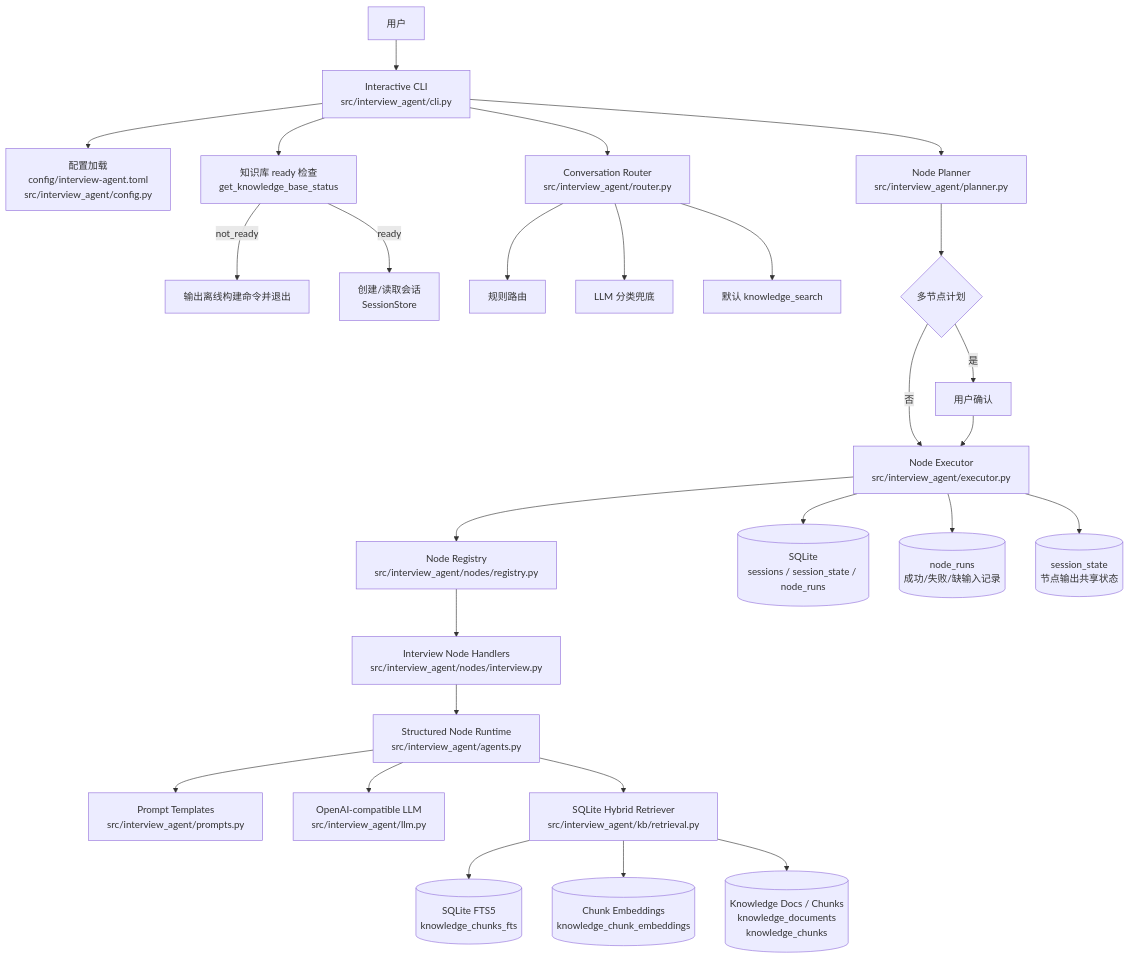
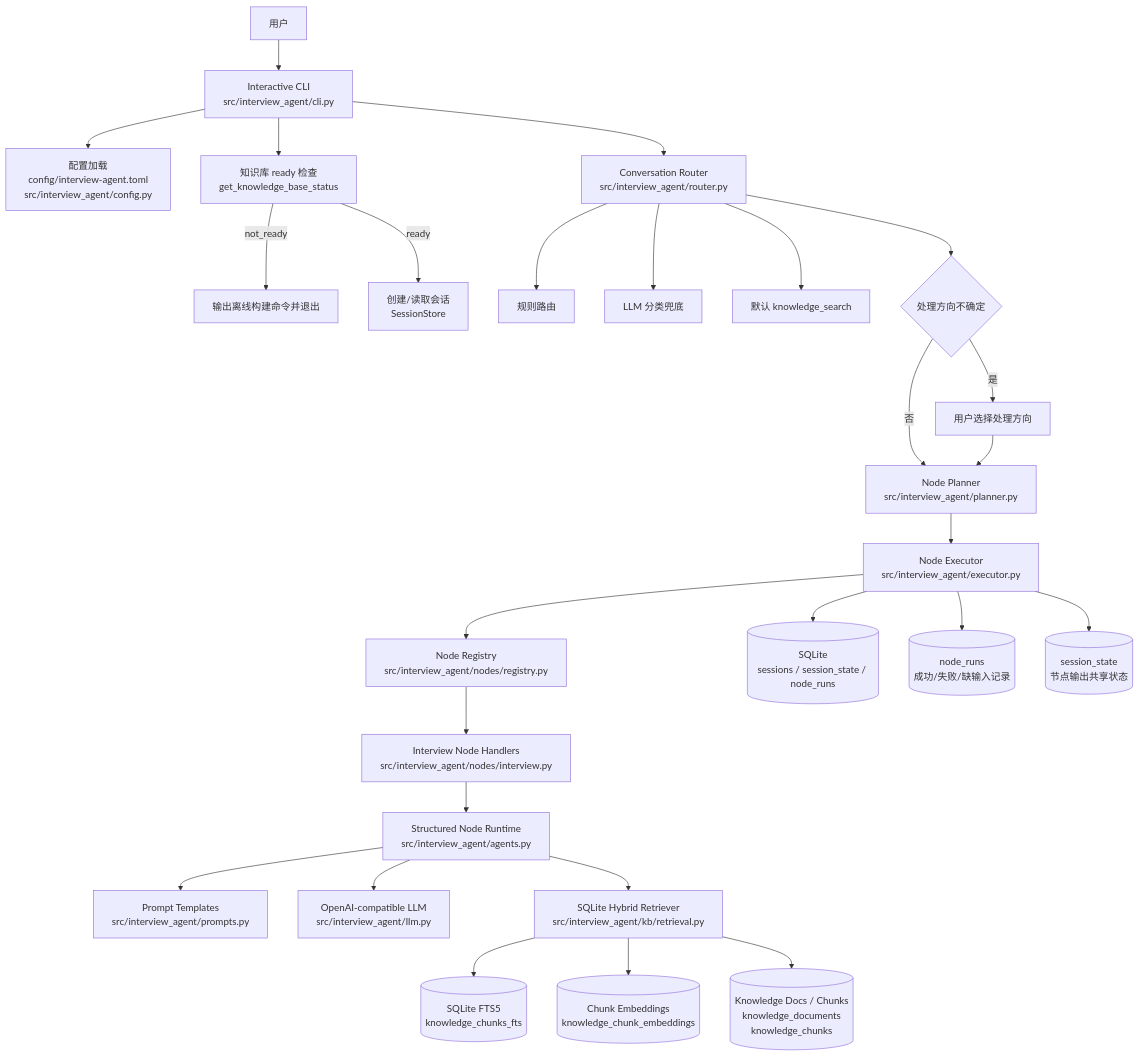
One commit to kaomianjin2/resume-agent changed the first of 4 diagrams in docs/architecture.md. Above: the diagram before and after it, drawn with Mermaid. The commit also changed other lines of this file and 8 other files, not shown here.

````diff
--- a/docs/architecture.md
+++ b/docs/architecture.md
@@ -15,36 +15,37 @@
 ```mermaid
 flowchart TD
     User[用户] --> CLI[Interactive CLI<br/>src/interview_agent/cli.py]
 
     CLI --> Config[配置加载<br/>config/interview-agent.toml<br/>src/interview_agent/config.py]
     CLI --> KBReady[知识库 ready 检查<br/>get_knowledge_base_status]
     KBReady -->|not_ready| OfflineHint[输出离线构建命令并退出]
     KBReady -->|ready| Session[创建/读取会话<br/>SessionStore]
 
     CLI --> Router[Conversation Router<br/>src/interview_agent/router.py]
     Router --> RuleRoute[规则路由]
     Router --> LLMRoute[LLM 分类兜底]
     Router --> DefaultRoute[默认 knowledge_search]
+    Router --> DirectionChoice{处理方向不确定}
+    DirectionChoice -->|是| UserChoice[用户选择处理方向]
+    DirectionChoice -->|否| Planner
 
-    CLI --> Planner[Node Planner<br/>src/interview_agent/planner.py]
-    Planner --> Confirm{多节点计划}
-    Confirm -->|是| UserConfirm[用户确认]
-    Confirm -->|否| Executor[Node Executor<br/>src/interview_agent/executor.py]
-    UserConfirm --> Executor
+    UserChoice --> Planner
+    Planner[Node Planner<br/>src/interview_agent/planner.py]
+    Planner --> Executor[Node Executor<br/>src/interview_agent/executor.py]
 
     Executor --> Registry[Node Registry<br/>src/interview_agent/nodes/registry.py]
     Registry --> Handlers[Interview Node Handlers<br/>src/interview_agent/nodes/interview.py]
 
     Executor --> SQLite[(SQLite<br/>sessions / session_state / node_runs)]
     Handlers --> AgentRuntime[Structured Node Runtime<br/>src/interview_agent/agents.py]
     AgentRuntime --> Prompts[Prompt Templates<br/>src/interview_agent/prompts.py]
     AgentRuntime --> LLM[OpenAI-compatible LLM<br/>src/interview_agent/llm.py]
     AgentRuntime --> Retriever[SQLite Hybrid Retriever<br/>src/interview_agent/kb/retrieval.py]
 
     Retriever --> FTS[(SQLite FTS5<br/>knowledge_chunks_fts)]
     Retriever --> Embeddings[(Chunk Embeddings<br/>knowledge_chunk_embeddings)]
     Retriever --> KBChunks[(Knowledge Docs / Chunks<br/>knowledge_documents<br/>knowledge_chunks)]
 
     Executor --> Runs[(node_runs<br/>成功/失败/缺输入记录)]
     Executor --> State[(session_state<br/>节点输出共享状态)]
 ```
````
